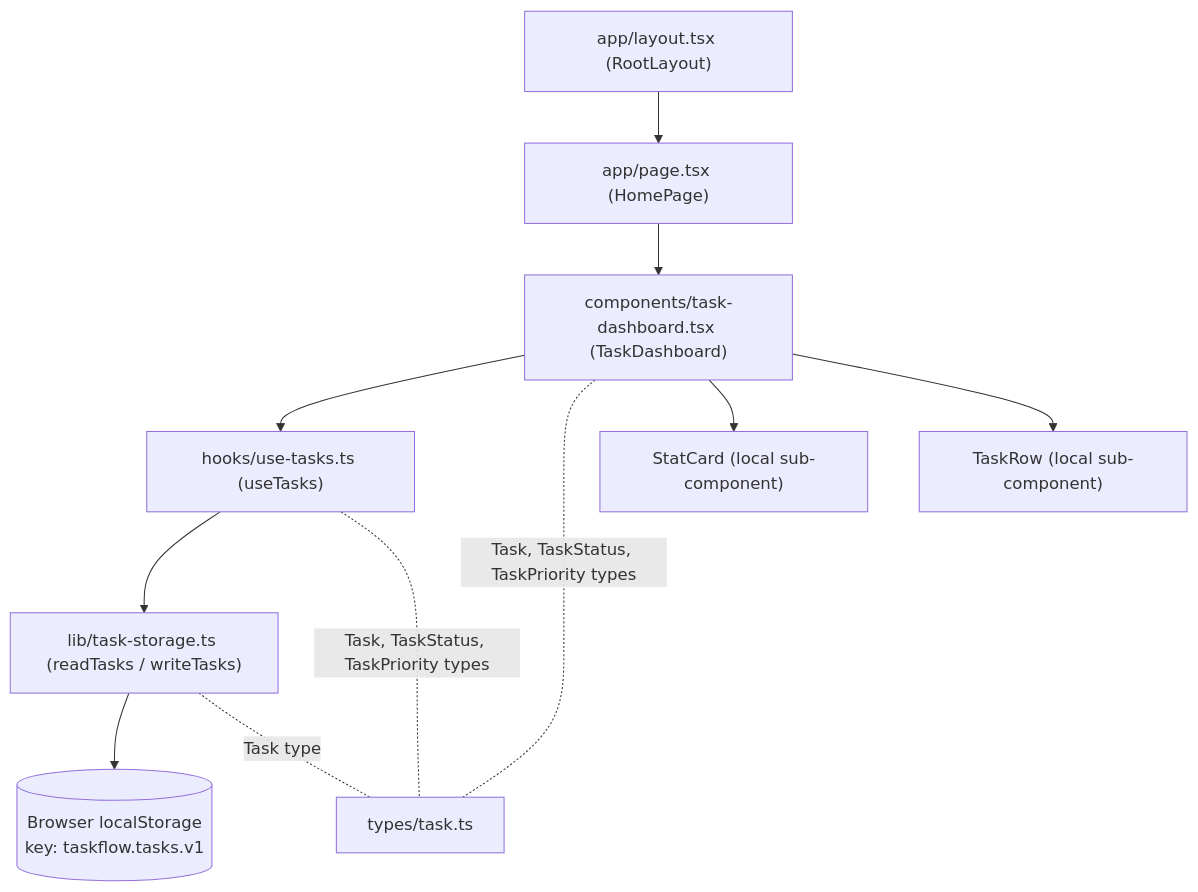
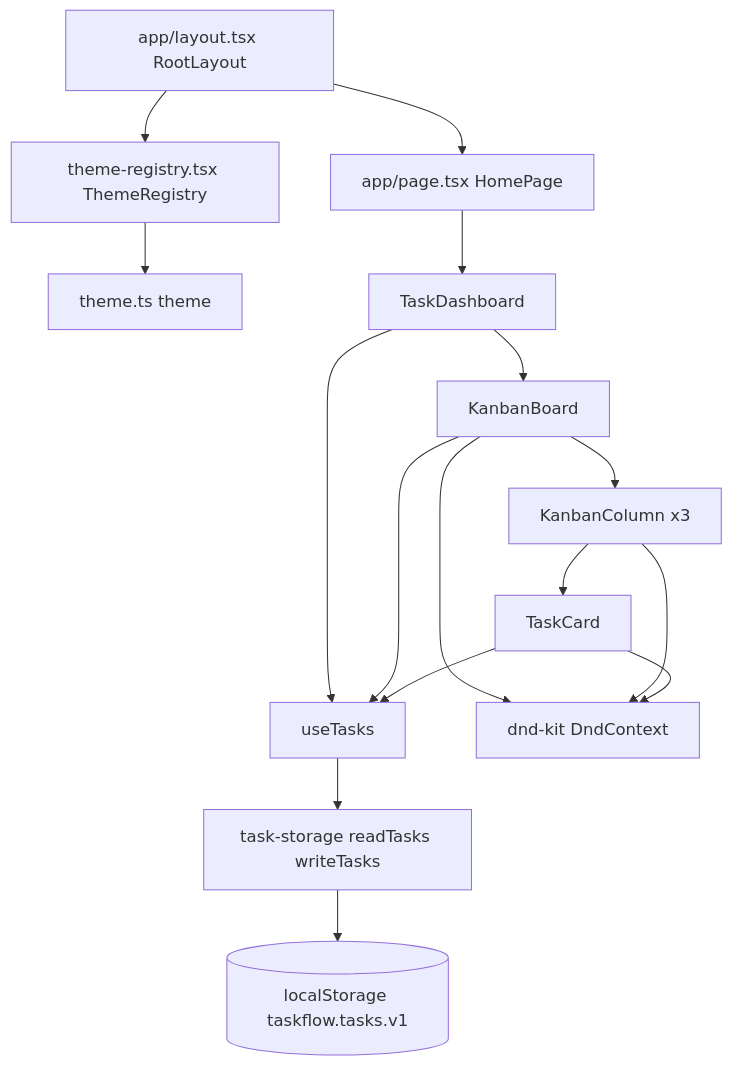
One commit to isrikanthchintu/taskflow-nextjs changed the first of 4 diagrams in aidlc/spaces/default/codekb/taskflow-nextjs/architecture.md. Above: the diagram before and after it, drawn with Mermaid. The commit also changed other lines of this file and 272 other files, not shown here.

First line of the commit message:
Turn TaskFlow into a Trello-style board with themes, boards and rules

````diff
--- a/aidlc/spaces/default/codekb/taskflow-nextjs/architecture.md
+++ b/aidlc/spaces/default/codekb/taskflow-nextjs/architecture.md
@@ -19,13 +15,18 @@
 ```mermaid
 flowchart TD
-    A["app/layout.tsx (RootLayout)"] --> B["app/page.tsx (HomePage)"]
-    B --> C["components/task-dashboard.tsx (TaskDashboard)"]
-    C --> D["hooks/use-tasks.ts (useTasks)"]
-    D --> E["lib/task-storage.ts (readTasks / writeTasks)"]
-    E --> F[("Browser localStorage\nkey: taskflow.tasks.v1")]
-    C -. "Task, TaskStatus, TaskPriority types" .- G["types/task.ts"]
-    D -. "Task, TaskStatus, TaskPriority types" .- G
-    E -. "Task type" .- G
-    C --> H["StatCard (local sub-component)"]
-    C --> I["TaskRow (local sub-component)"]
+  Layout["app/layout.tsx RootLayout"] --> ThemeRegistry["theme-registry.tsx ThemeRegistry"]
+  ThemeRegistry --> Theme["theme.ts theme"]
+  Layout --> Page["app/page.tsx HomePage"]
+  Page --> Dashboard["TaskDashboard"]
+  Dashboard --> Board["KanbanBoard"]
+  Board --> Column["KanbanColumn x3"]
+  Column --> Card["TaskCard"]
+  Dashboard --> Hook["useTasks"]
+  Board --> Hook
+  Card --> Hook
+  Hook --> Storage["task-storage readTasks writeTasks"]
+  Storage --> LS[("localStorage taskflow.tasks.v1")]
+  Board --> Dnd["dnd-kit DndContext"]
+  Column --> Dnd
+  Card --> Dnd
 ```
````
